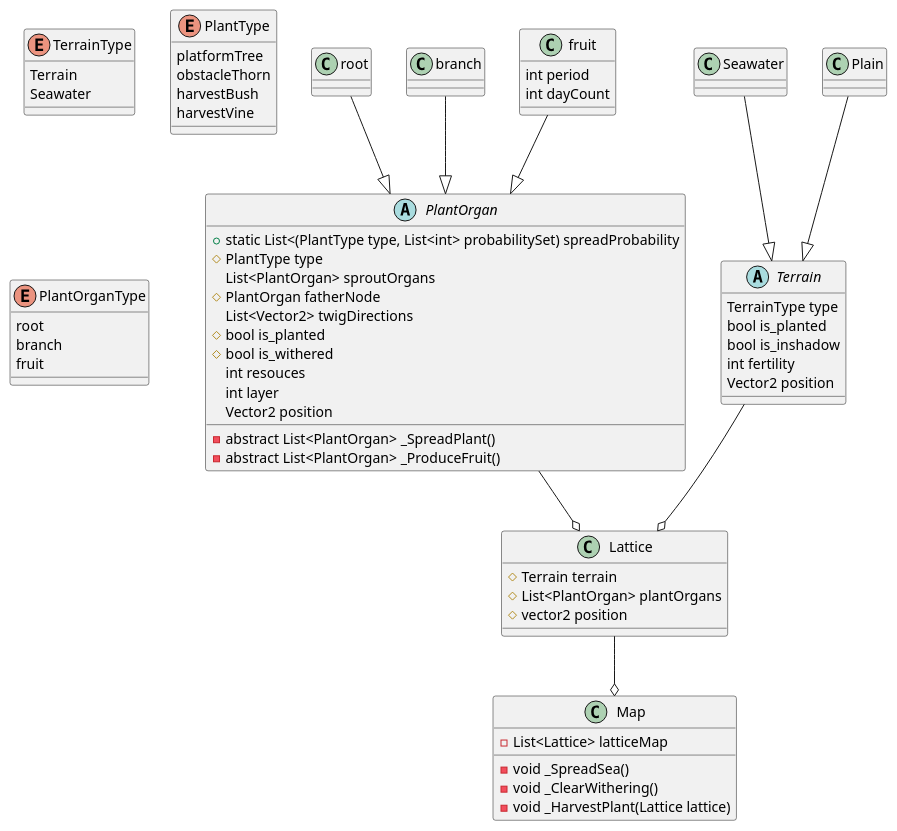
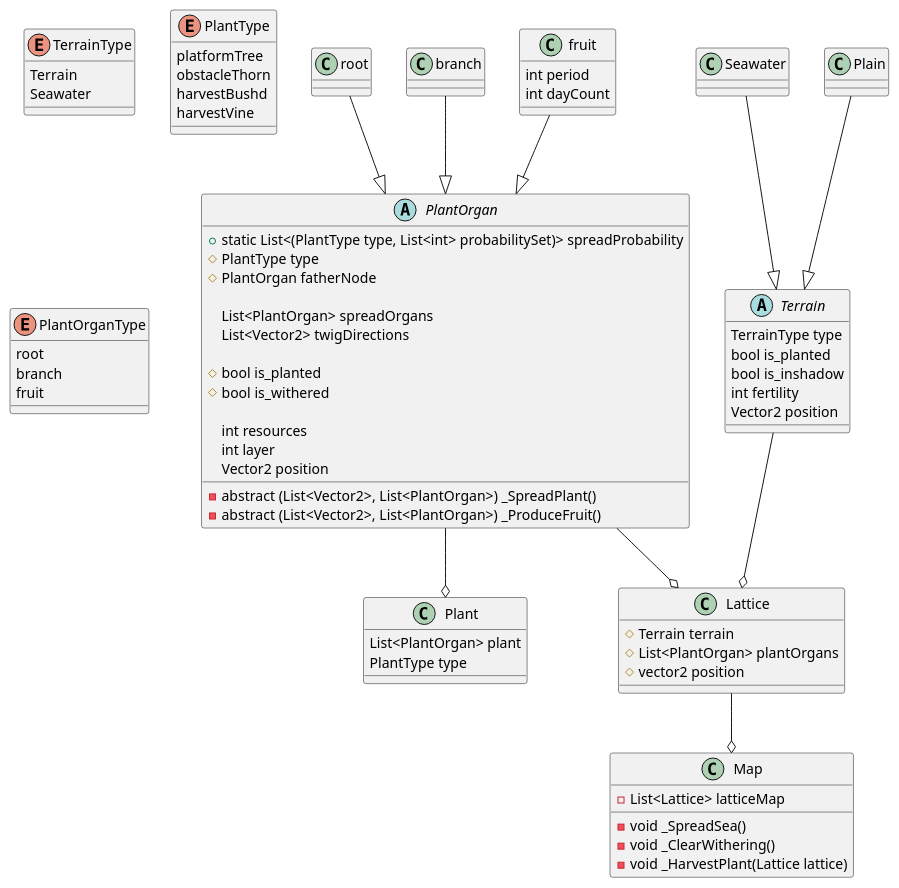
The diagram in about/HerbTrail.wsd (sweetGrace/HerbTrail), drawn with PlantUML before and after one commit. The commit also changed 52 other files, not shown here.

```diff
--- a/about/HerbTrail.wsd
+++ b/about/HerbTrail.wsd
@@ -1,86 +1,92 @@
 @startuml HerbTrail
 enum TerrainType{
     Terrain
     Seawater
 }
 abstract class Terrain{
     TerrainType type
     bool is_planted
     bool is_inshadow
     int fertility
     Vector2 position
 }
 
 class Seawater{
 }
 class Plain{
-    
 }
 Seawater--|>Terrain
 Plain--|>Terrain
 
 enum PlantType{
     platformTree
     obstacleThorn
-    harvestBush
+    harvestBushd
     harvestVine
 }
 enum PlantOrganType{
     root
     branch
     fruit
 }
 abstract class PlantOrgan{
-    +{field}static List<(PlantType type, List<int> probabilitySet) spreadProbability
+    +{field}static List<(PlantType type, List<int> probabilitySet)> spreadProbability
     #PlantType type
-    List<PlantOrgan> sproutOrgans
     #PlantOrgan fatherNode
+
+    List<PlantOrgan> spreadOrgans
     List<Vector2> twigDirections
+
     #bool is_planted
     #bool is_withered
-    int resouces
+    
+    int resources
     int layer
     Vector2 position
-    -abstract List<PlantOrgan> _SpreadPlant()
-    -abstract List<PlantOrgan> _ProduceFruit()
+    -abstract (List<Vector2>, List<PlantOrgan>) _SpreadPlant()
+    -abstract (List<Vector2>, List<PlantOrgan>) _ProduceFruit()
 }
 
 
 
 class root{
 
 }
 class branch{
 
 }
 class fruit{
     int period
     int dayCount
 
 }
 root --|> PlantOrgan
 branch --|> PlantOrgan
 fruit --|> PlantOrgan
 
 
 
 
 Terrain --o Lattice
 PlantOrgan --o Lattice
-
+class Plant{
+    List<PlantOrgan> plant
+    PlantType type
+}
+PlantOrgan --o Plant
 class Lattice{
     #Terrain terrain
     #List<PlantOrgan> plantOrgans
     #vector2 position
     
 
 }
 class Map{
     -List<Lattice> latticeMap
     -void _SpreadSea()
     -void _ClearWithering()
     -void _HarvestPlant(Lattice lattice)
 }
 
 Lattice --o Map
 @enduml
```
